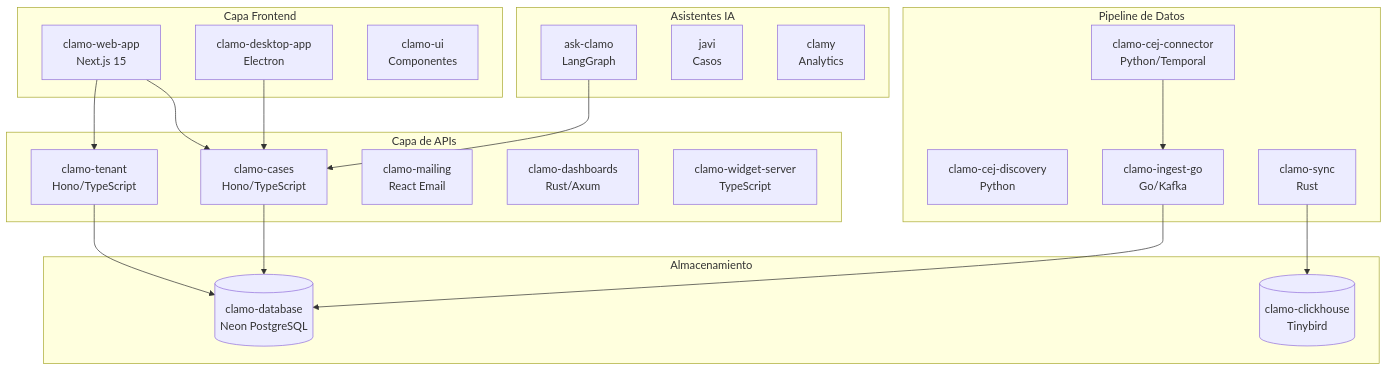
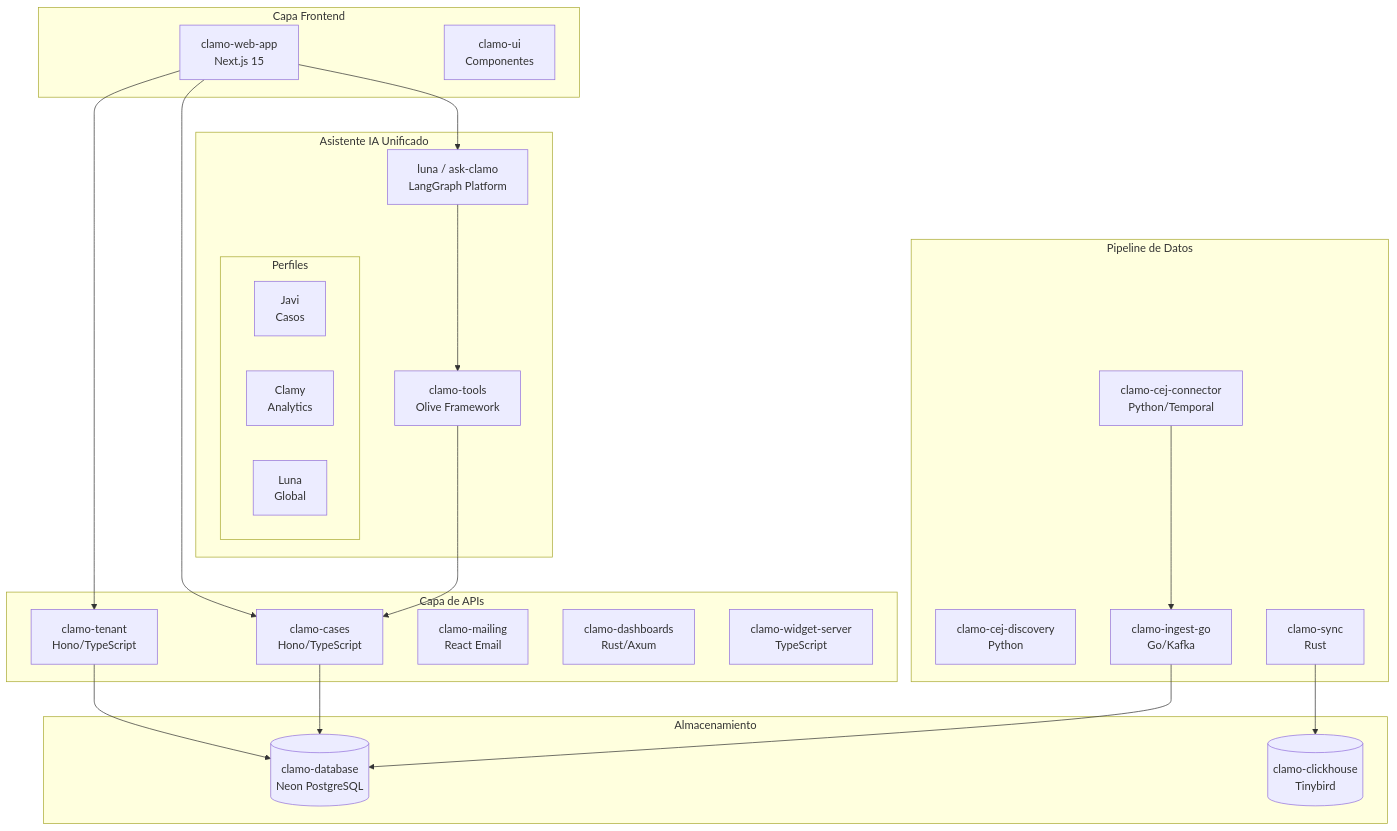
Before and after one commit to GetClamo/docs: the first of 3 diagrams in es/inicio/arquitectura.mdx, drawn with Mermaid. The commit also changed other lines of this file and 7 other files, not shown here.

First line of the commit message:
docs: update architecture and quick start documentation for unified AI assistant and trusted sources

````diff
--- a/es/inicio/arquitectura.mdx
+++ b/es/inicio/arquitectura.mdx
@@ -12,44 +12,48 @@
 ```mermaid
 flowchart TB
     subgraph Frontend [Capa Frontend]
         WebApp[clamo-web-app<br/>Next.js 15]
-        DesktopApp[clamo-desktop-app<br/>Electron]
         UI[clamo-ui<br/>Componentes]
     end
 
     subgraph API [Capa de APIs]
         Tenant[clamo-tenant<br/>Hono/TypeScript]
         Cases[clamo-cases<br/>Hono/TypeScript]
         Mailing[clamo-mailing<br/>React Email]
         Dashboards[clamo-dashboards<br/>Rust/Axum]
         Widget[clamo-widget-server<br/>TypeScript]
     end
 
-    subgraph AI [Asistentes IA]
-        AskClamo[ask-clamo<br/>LangGraph]
-        Javi[javi<br/>Casos]
-        Clamy[clamy<br/>Analytics]
+    subgraph AI [Asistente IA Unificado]
+        AskClamo[luna / ask-clamo<br/>LangGraph Platform]
+        subgraph Profiles [Perfiles]
+            Javi[Javi<br/>Casos]
+            Clamy[Clamy<br/>Analytics]
+            Luna[Luna<br/>Global]
+        end
+        ClamoTools[clamo-tools<br/>Olive Framework]
     end
 
     subgraph Pipeline [Pipeline de Datos]
         CEJ[clamo-cej-connector<br/>Python/Temporal]
         Discovery[clamo-cej-discovery<br/>Python]
         Ingest[clamo-ingest-go<br/>Go/Kafka]
         Sync[clamo-sync<br/>Rust]
     end
 
     subgraph Storage [Almacenamiento]
         DB[(clamo-database<br/>Neon PostgreSQL)]
         Analytics[(clamo-clickhouse<br/>Tinybird)]
     end
 
     WebApp --> Tenant
     WebApp --> Cases
-    DesktopApp --> Cases
+    WebApp --> AskClamo
     Tenant --> DB
     Cases --> DB
     CEJ --> Ingest
     Ingest --> DB
     Sync --> Analytics
-    AskClamo --> Cases
+    AskClamo --> ClamoTools
+    ClamoTools --> Cases
 ```
````
